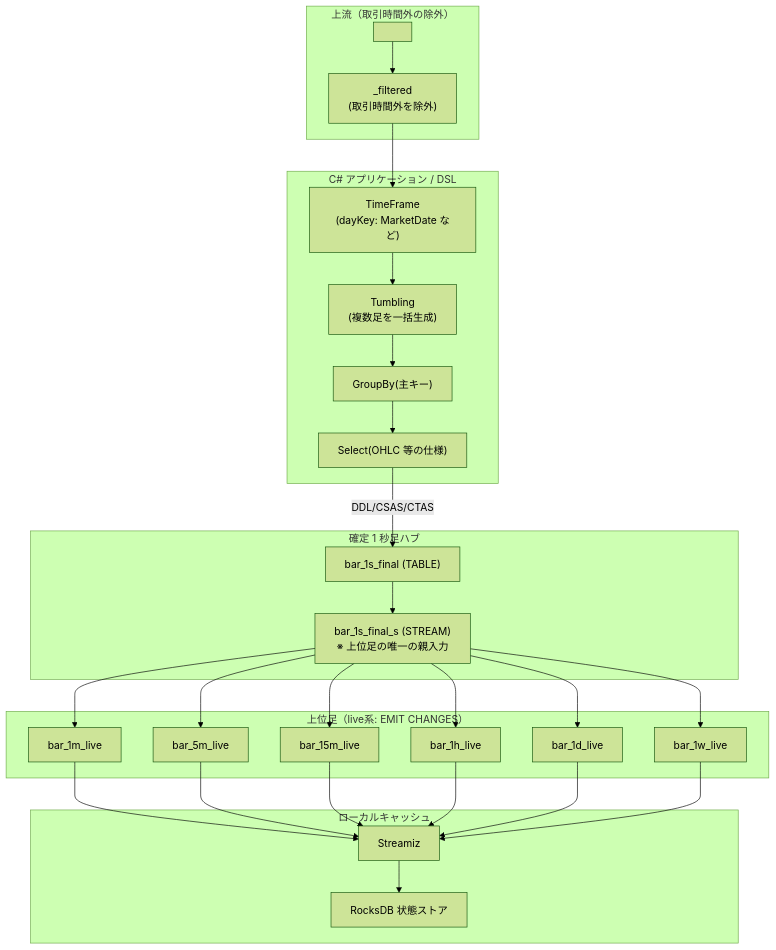
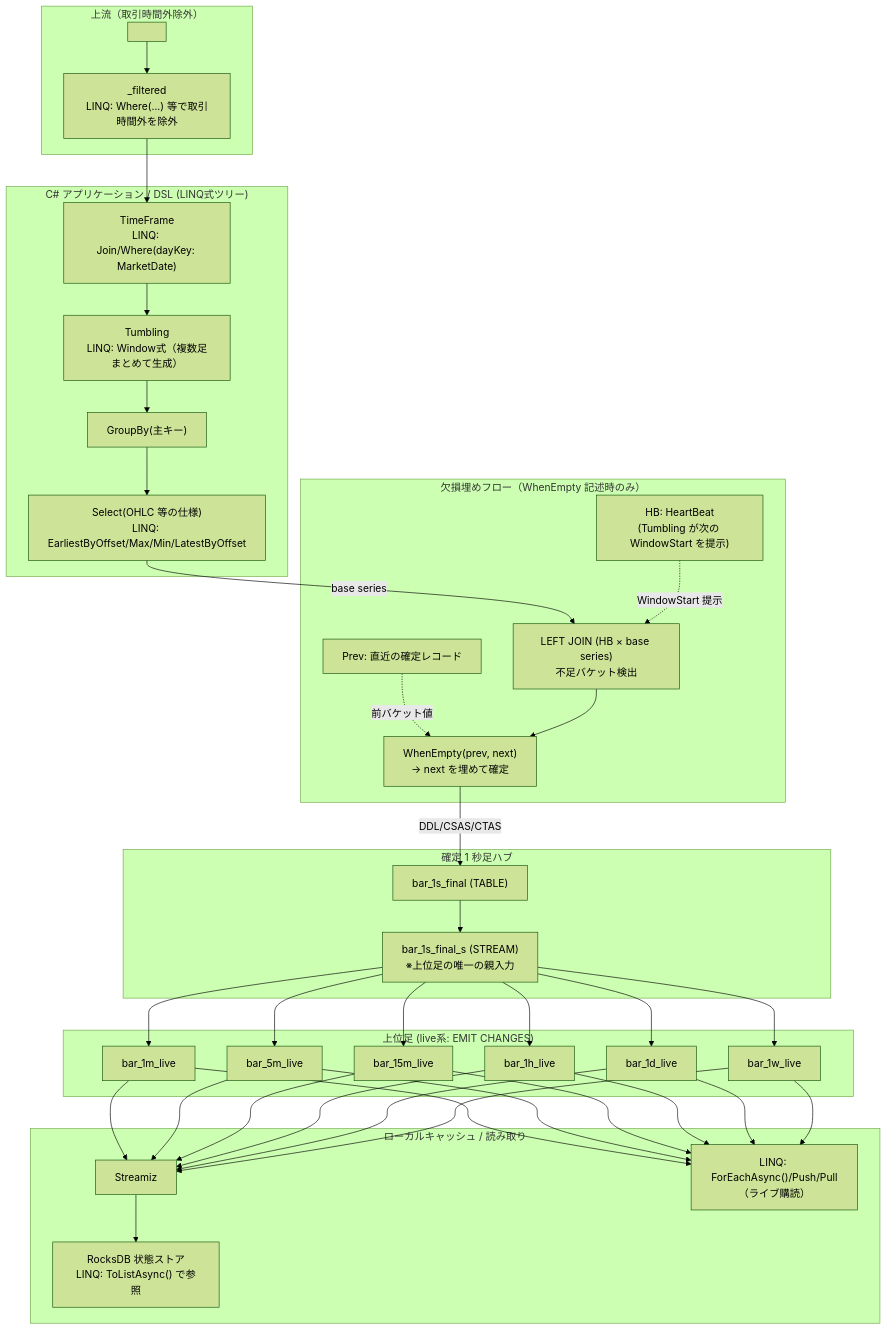
One commit to sage-mt07/rc02 changed the diagram in docs/chart.md. Above: the diagram before and after it, drawn with Mermaid (forest theme).

Commit message:
mermaid update

````diff
--- a/docs/chart.md
+++ b/docs/chart.md
@@ -41,64 +41,78 @@
 ``` mermaid
+
 flowchart TB
-  %% 入力とスケジュールフィルタ
-  subgraph Upstream["上流（取引時間外の除外）"]
+  %% 上流
+  subgraph Upstream["上流（取引時間外除外）"]
     raw["<raw>"]
-    filtered["<raw>_filtered\n(取引時間外を除外)"]
+    filtered["<raw>_filtered\nLINQ: Where(...) 等で取引時間外を除外"]
     raw --> filtered
   end
 
-  %% DSL レイヤ
-  subgraph DSL["C# アプリケーション / DSL"]
-    TF["TimeFrame<MarketSchedule>\n(dayKey: MarketDate など)"]
-    Tumble["Tumbling\n(複数足を一括生成)"]
+  %% DSL
+  subgraph DSL["C# アプリケーション / DSL (LINQ式ツリー)"]
+    TF["TimeFrame<MarketSchedule>\nLINQ: Join/Where(dayKey: MarketDate)"]
+    Tumble["Tumbling\nLINQ: Window式（複数足まとめて生成）"]
     GroupBy["GroupBy(主キー)"]
-    Select["Select(OHLC 等の仕様)"]
+    Select["Select(OHLC 等の仕様)\nLINQ: EarliestByOffset/Max/Min/LatestByOffset"]
   end
+  filtered --> TF --> Tumble --> GroupBy --> Select
 
-  filtered --> TF
-  TF --> Tumble --> GroupBy --> Select
+  %% WhenEmpty（HB/Prev合流）
+  subgraph Fill["欠損埋めフロー（WhenEmpty 記述時のみ）"]
+    HB["HB: HeartBeat\n(Tumbling が次の WindowStart を提示)"]
+    Prev["Prev: 直近の確定レコード"]
+    Join["LEFT JOIN (HB × base series)\n不足バケット検出"]
+    Apply["WhenEmpty(prev, next)\n→ next を埋めて確定"]
+  end
+  Select -->|base series| Join
+  HB -.->|WindowStart 提示| Join
+  Prev -.->|前バケット値| Apply
+  Join --> Apply
 
-  %% 1s_final ハブ（唯一の親）
+  %% 1s_final ハブ
   subgraph Hub["確定 1 秒足ハブ"]
     final1s["bar_1s_final (TABLE)"]
-    final1s_s["bar_1s_final_s (STREAM)\n※ 上位足の唯一の親入力"]
+    final1s_s["bar_1s_final_s (STREAM)\n※上位足の唯一の親入力"]
     final1s --> final1s_s
   end
+  Apply -->|DDL/CSAS/CTAS| final1s
 
-  Select -->|DDL/CSAS/CTAS| final1s
-
-  %% 上位足（すべて 1s_final_s からフラット派生）
-  subgraph Live["上位足（live系: EMIT CHANGES）"]
+  %% 上位足（flat派生）
+  subgraph Live["上位足 (live系: EMIT CHANGES)"]
     m1["bar_1m_live"]
     m5["bar_5m_live"]
     m15["bar_15m_live"]
     h1["bar_1h_live"]
     d1["bar_1d_live"]
     w1["bar_1w_live"]
   end
-
   final1s_s --> m1
   final1s_s --> m5
   final1s_s --> m15
   final1s_s --> h1
   final1s_s --> d1
   final1s_s --> w1
 
-  %% 参照先（省略形）
-  subgraph Storage["ローカルキャッシュ"]
+  %% ローカルキャッシュと読み取り
+  subgraph Cache["ローカルキャッシュ / 読み取り"]
     streamiz["Streamiz"]
-    rocks["RocksDB 状態ストア"]
+    rocks["RocksDB 状態ストア\nLINQ: ToListAsync() で参照"]
+    pushpull["LINQ: ForEachAsync()/Push/Pull\n（ライブ購読）"]
     streamiz --> rocks
   end
   m1 --> streamiz
   m5 --> streamiz
   m15 --> streamiz
   h1 --> streamiz
   d1 --> streamiz
   w1 --> streamiz
+  m1 --> pushpull
+  m5 --> pushpull
+  m15 --> pushpull
+  h1 --> pushpull
+  d1 --> pushpull
+  w1 --> pushpull
 
-  %% コメント用の注釈
-  classDef hint fill:#fffbe6,stroke:#f0e6a0,color:#333;
 
 
 ``` 
````
